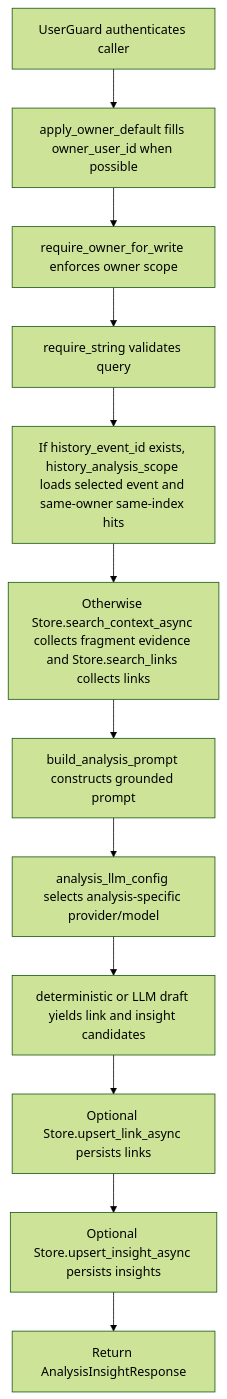
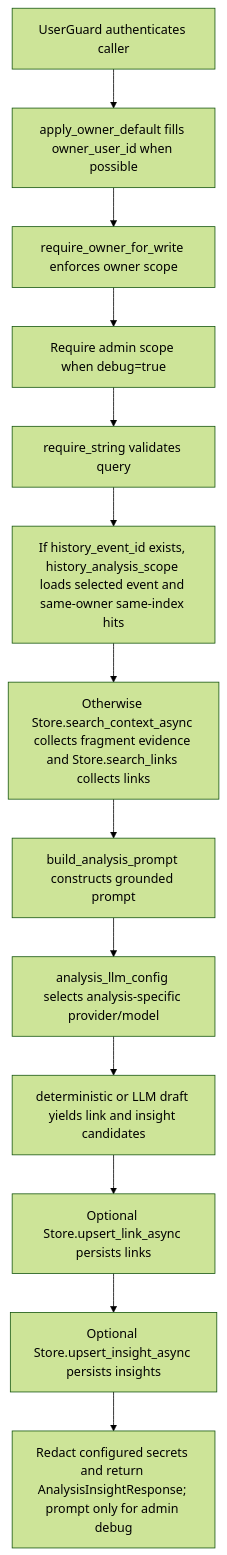
One commit to dickwu/nowledge changed the diagram in doc/api/post_v1_analysis_insights.md. Above: the diagram before and after it, drawn with Mermaid (forest theme). The commit also changed other lines of this file and 46 other files, not shown here.

````diff
--- a/doc/api/post_v1_analysis_insights.md
+++ b/doc/api/post_v1_analysis_insights.md
@@ -58,26 +61,28 @@
 ```mermaid
 flowchart TD
   n0["UserGuard authenticates caller"]
   n1["apply_owner_default fills owner_user_id when possible"]
   n2["require_owner_for_write enforces owner scope"]
-  n3["require_string validates query"]
-  n4["If history_event_id exists, history_analysis_scope loads selected event and same-owner same-index hits"]
-  n5["Otherwise Store.search_context_async collects fragment evidence and Store.search_links collects links"]
-  n6["build_analysis_prompt constructs grounded prompt"]
-  n7["analysis_llm_config selects analysis-specific provider/model"]
-  n8["deterministic or LLM draft yields link and insight candidates"]
-  n9["Optional Store.upsert_link_async persists links"]
-  n10["Optional Store.upsert_insight_async persists insights"]
-  n11["Return AnalysisInsightResponse"]
+  n3["Require admin scope when debug=true"]
+  n4["require_string validates query"]
+  n5["If history_event_id exists, history_analysis_scope loads selected event and same-owner same-index hits"]
+  n6["Otherwise Store.search_context_async collects fragment evidence and Store.search_links collects links"]
+  n7["build_analysis_prompt constructs grounded prompt"]
+  n8["analysis_llm_config selects analysis-specific provider/model"]
+  n9["deterministic or LLM draft yields link and insight candidates"]
+  n10["Optional Store.upsert_link_async persists links"]
+  n11["Optional Store.upsert_insight_async persists insights"]
+  n12["Redact configured secrets and return AnalysisInsightResponse; prompt only for admin debug"]
   n0 --> n1
   n1 --> n2
   n2 --> n3
   n3 --> n4
   n4 --> n5
   n5 --> n6
   n6 --> n7
   n7 --> n8
   n8 --> n9
   n9 --> n10
   n10 --> n11
+  n11 --> n12
 ```
````
